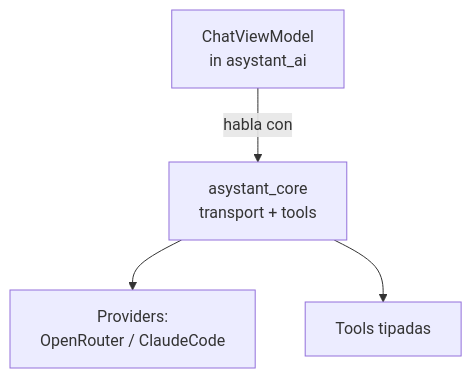
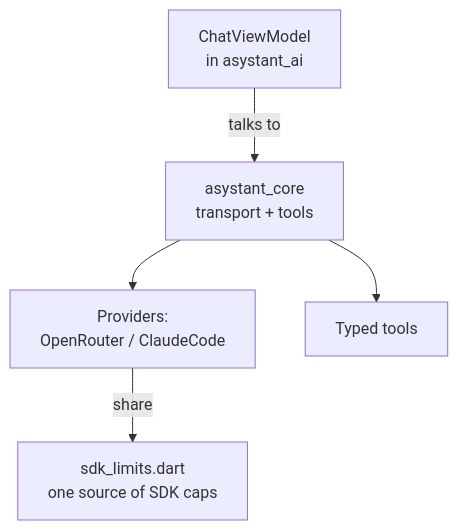
One commit to JhonaCodes/asystant-ai changed the diagram in packages/asystant_core/doc/architecture.md. Above: the diagram before and after it, drawn with Mermaid. The commit also changed 1 other file, not shown here.

Commit message:
docs: English diagram labels; document the view model split
The architecture diagrams carried Spanish labels; they are now English.
The asystant_ai doc also describes the five ChatViewModel mixins and the
private provider settings view model, and the core doc shows the shared
SDK limits.

````diff
--- a/packages/asystant_core/doc/architecture.md
+++ b/packages/asystant_core/doc/architecture.md
@@ -10,6 +10,7 @@
 ```mermaid
 flowchart TD
-  VM[ChatViewModel<br/>in asystant_ai] -->|habla con| CORE[asystant_core<br/>transport + tools]
+  VM[ChatViewModel<br/>in asystant_ai] -->|talks to| CORE[asystant_core<br/>transport + tools]
   CORE --> PROV[Providers:<br/>OpenRouter / ClaudeCode]
-  CORE --> TOOL[Tools tipadas]
+  CORE --> TOOL[Typed tools]
+  PROV -->|share| LIM[sdk_limits.dart<br/>one source of SDK caps]
 ```
````
